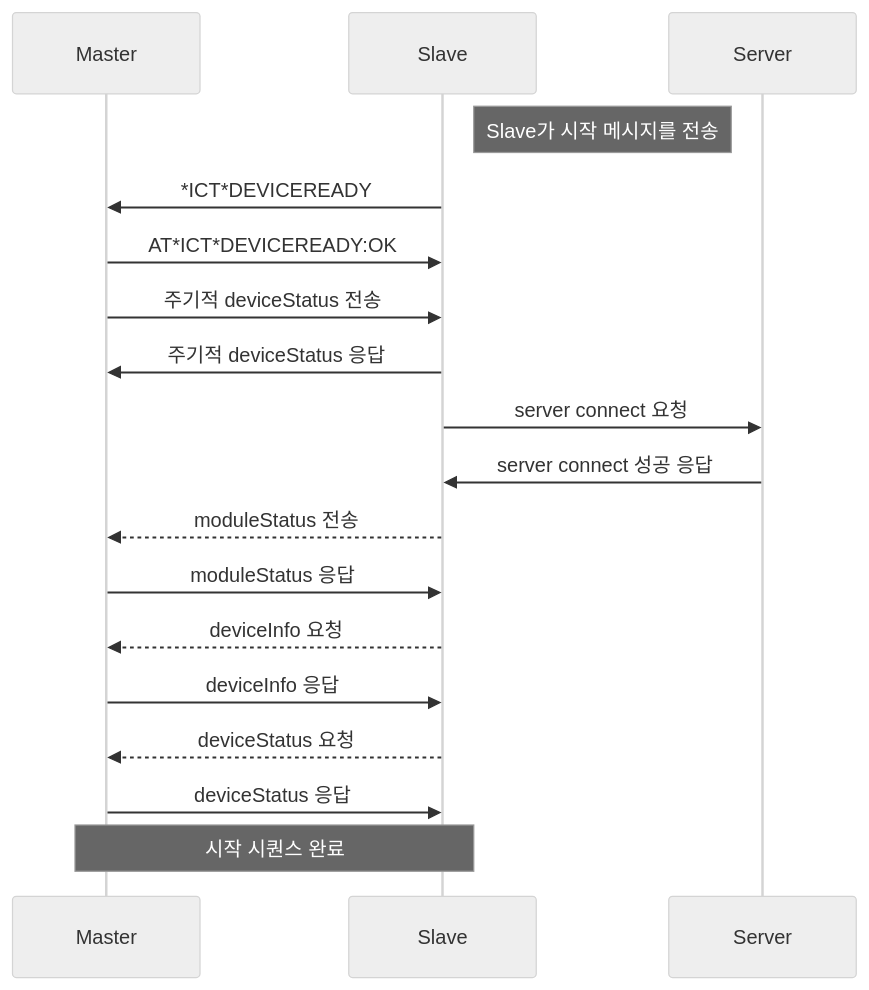
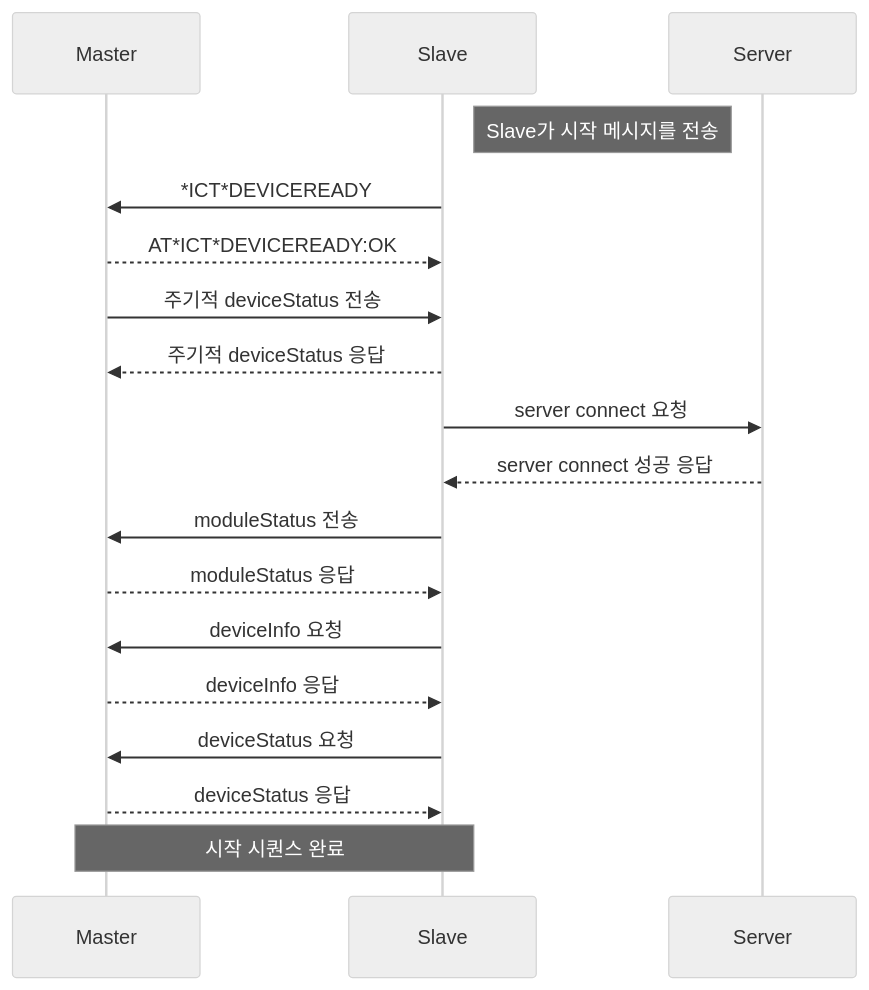
Before and after one commit to sinusa/HimpelIoTModuleATCOMMAND: the diagram in README.md, drawn with Mermaid (neutral theme).

````diff
--- a/README.md
+++ b/README.md
@@ -63,33 +63,33 @@
 ```mermaid
 sequenceDiagram
     participant Master
     participant Slave
     participant Server
 
     Note right of Slave: Slave가 시작 메시지를 전송
 
     Slave->>Master: *ICT*DEVICEREADY
-    Master->>Slave: AT*ICT*DEVICEREADY:OK
+    Master-->>Slave: AT*ICT*DEVICEREADY:OK
 
     Master->>Slave: 주기적 deviceStatus 전송
-    Slave->>Master: 주기적 deviceStatus 응답
+    Slave-->>Master: 주기적 deviceStatus 응답
 
 
     Slave->>Server: server connect 요청
-    Server->>Slave: server connect 성공 응답
+    Server-->>Slave: server connect 성공 응답
 
 
-    Slave-->>Master: moduleStatus 전송
-    Master->>Slave: moduleStatus 응답
+    Slave->>Master: moduleStatus 전송
+    Master-->>Slave: moduleStatus 응답
 
 
-    Slave-->>Master: deviceInfo 요청
-    Master->>Slave: deviceInfo 응답
+    Slave->>Master: deviceInfo 요청
+    Master-->>Slave: deviceInfo 응답
 
 
-    Slave-->>Master: deviceStatus 요청
-    Master->>Slave: deviceStatus 응답
+    Slave->>Master: deviceStatus 요청
+    Master-->>Slave: deviceStatus 응답
 
 
     Note over Slave,Master: 시작 시퀀스 완료
 ```
````
